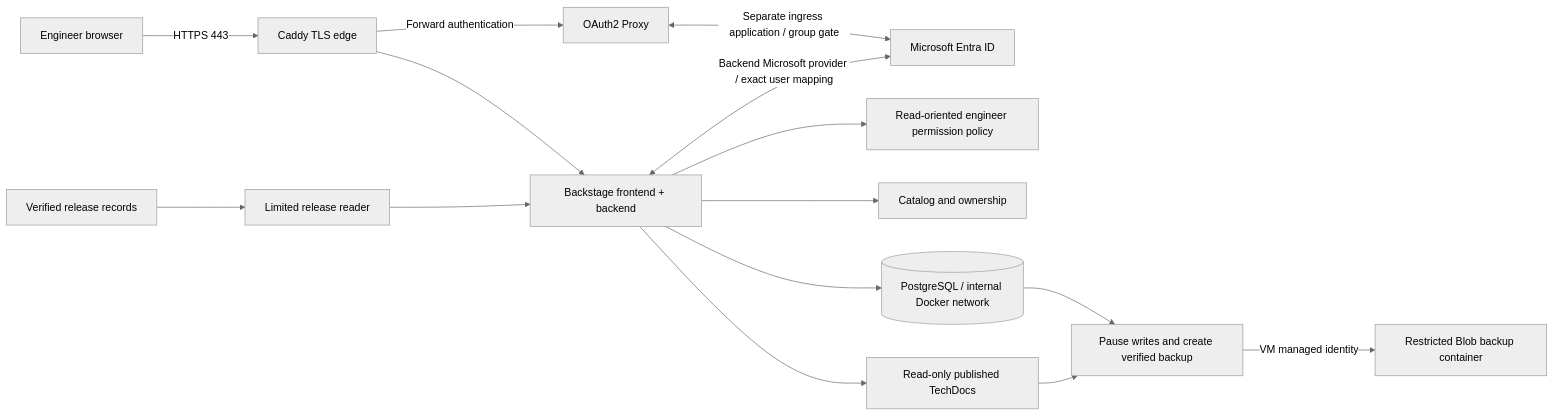
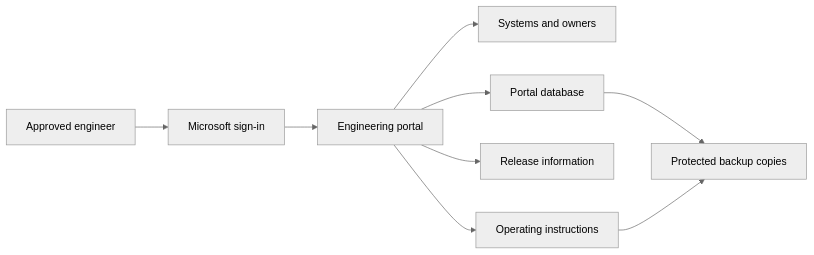
One commit to truthofsource/azure-backstage-developer-portal changed the diagram in README.md. Above: the diagram before and after it, drawn with Mermaid (neutral theme). The commit also changed other lines of this file and 7 other files, not shown here.

````diff
--- a/README.md
+++ b/README.md
@@ -45,17 +38,11 @@
 ```mermaid
 flowchart LR
-  Engineer[Engineer browser] -->|HTTPS 443| Caddy[Caddy TLS edge]
-  Caddy -->|Forward authentication| Proxy[OAuth2 Proxy]
-  Proxy <-->|Separate ingress application / group gate| Entra[Microsoft Entra ID]
-  Caddy --> Backend[Backstage frontend + backend]
-  Backend <-->|Backend Microsoft provider / exact user mapping| Entra
-  Backend --> Policy[Read-oriented engineer permission policy]
-  Backend --> Catalog[Catalog and ownership]
-  Backend --> Docs[Read-only published TechDocs]
-  Backend --> PG[(PostgreSQL / internal Docker network)]
-  Evidence[Verified release records] --> Reader[Limited release reader]
-  Reader --> Backend
-  Backup[Pause writes and create verified backup] -->|VM managed identity| Blob[Restricted Blob backup container]
-  PG --> Backup
-  Docs --> Backup
+  Engineer[Approved engineer] --> SignIn[Microsoft sign-in]
+  SignIn --> Portal[Engineering portal]
+  Portal --> Directory[Systems and owners]
+  Portal --> Handbook[Operating instructions]
+  Portal --> Release[Release information]
+  Portal --> Database[Portal database]
+  Database --> Backup[Protected backup copies]
+  Handbook --> Backup
 ```
````
